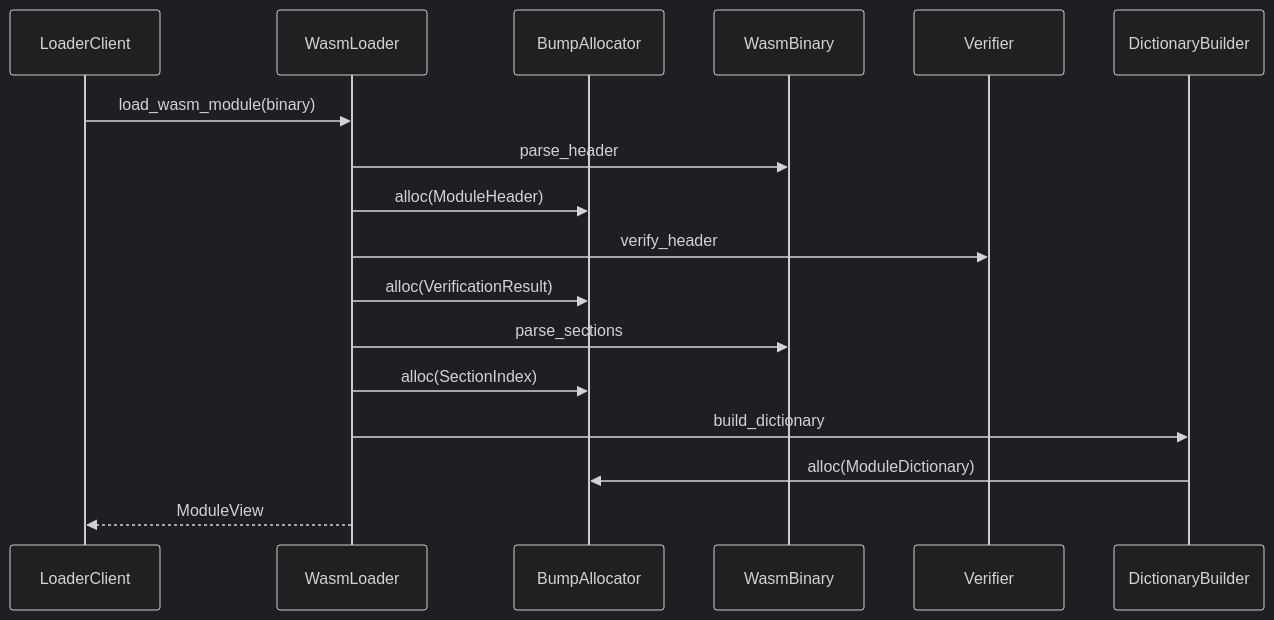
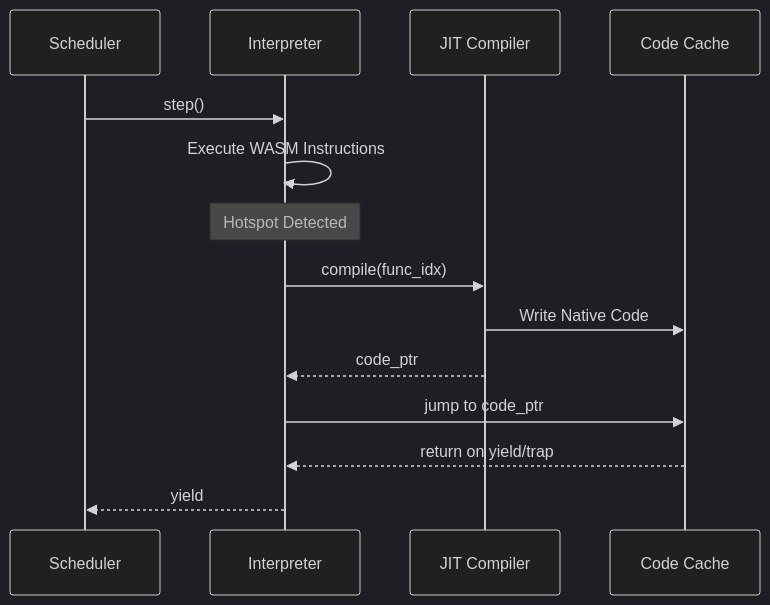
The third of 3 diagrams in docs/orders/components/vsoc.md (kmt-t/fireball), drawn with Mermaid (dark theme) before and after one commit. The commit also changed other lines of this file and 27 other files, not shown here.

````diff
--- a/docs/orders/components/vsoc.md
+++ b/docs/orders/components/vsoc.md
@@ -30,20 +81,17 @@
 ```mermaid
 sequenceDiagram
-    participant Client as LoaderClient
-    participant Loader as WasmLoader
-    participant Alloc as BumpAllocator
-    participant ROM as WasmBinary
-    participant Verify as Verifier
-    participant Dict as DictionaryBuilder
-
-    Client->>Loader: load_wasm_module(binary)
-    Loader->>ROM: parse_header
-    Loader->>Alloc: alloc(ModuleHeader)
-    Loader->>Verify: verify_header
-    Loader->>Alloc: alloc(VerificationResult)
-    Loader->>ROM: parse_sections
-    Loader->>Alloc: alloc(SectionIndex)
-    Loader->>Dict: build_dictionary
-    Dict->>Alloc: alloc(ModuleDictionary)
-    Loader-->>Client: ModuleView
+    participant S as Scheduler
+    participant I as Interpreter
+    participant J as JIT Compiler
+    participant C as Code Cache
+    
+    S->>I: step()
+    I->>I: Execute WASM Instructions
+    Note over I: Hotspot Detected
+    I->>J: compile(func_idx)
+    J->>C: Write Native Code
+    J-->>I: code_ptr
+    I->>C: jump to code_ptr
+    C-->>I: return on yield/trap
+    I-->>S: yield
 ```
````
